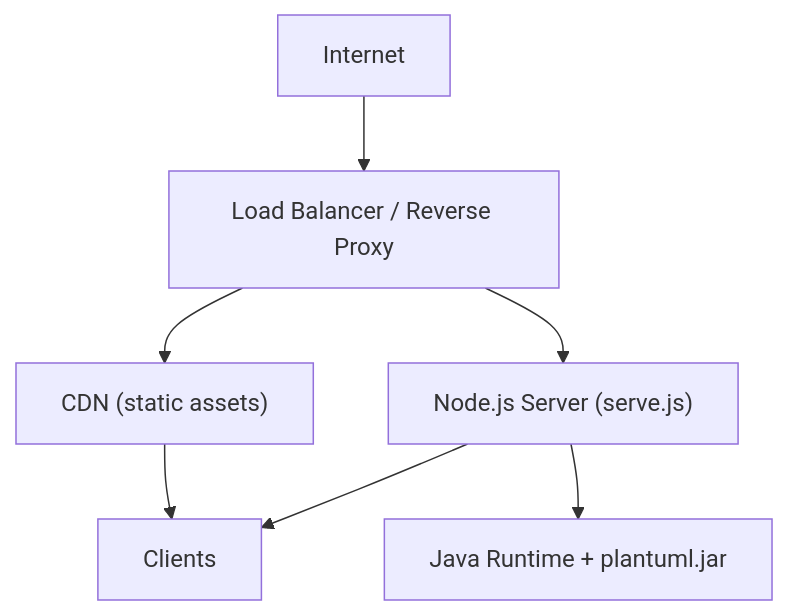
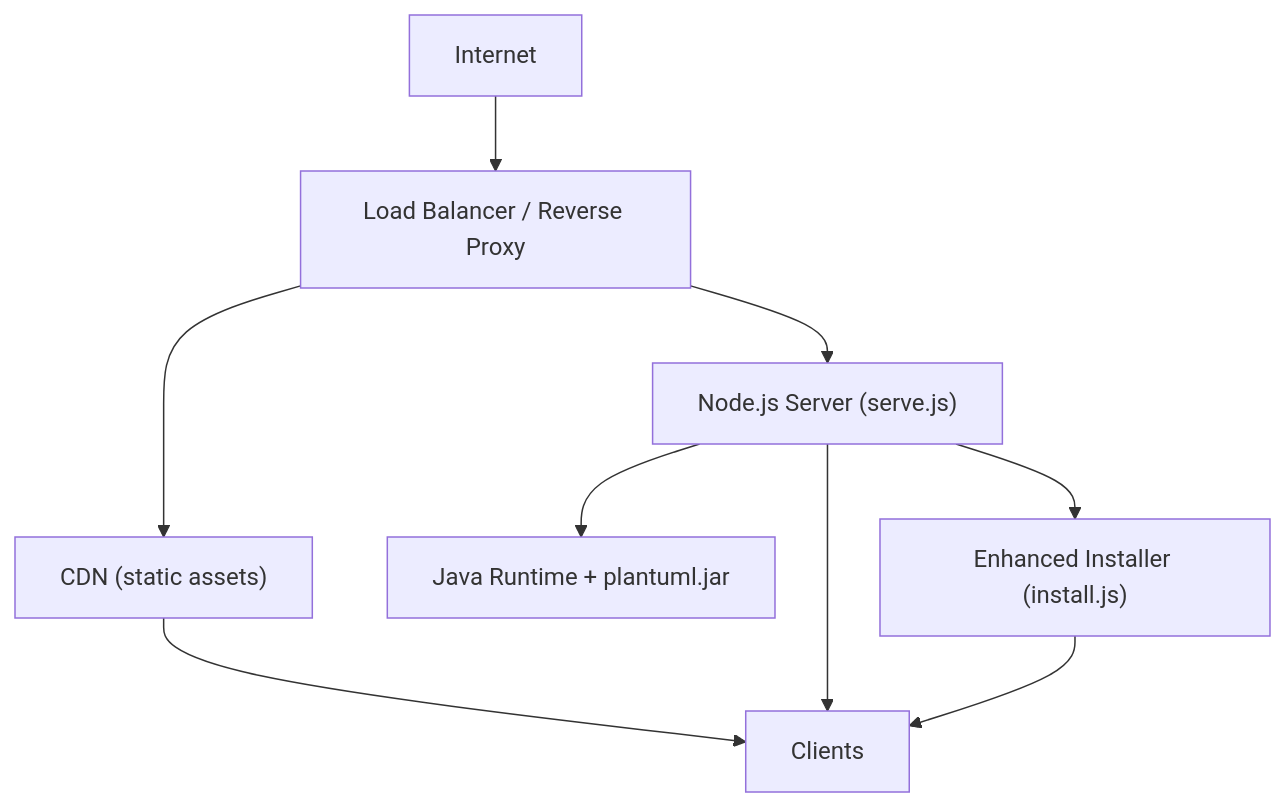
Before and after one commit to pingwurth/code-to-uml: the eighth of 8 diagrams in .qoder/repowiki/en/content/Deployment and Production.md, drawn with Mermaid. The commit also changed other lines of this file and 21 other files, not shown here.

Commit message:
chore(docs): 删除 Code-To-UML 介绍文档

````diff
--- a/.qoder/repowiki/en/content/Deployment and Production.md
+++ b/.qoder/repowiki/en/content/Deployment and Production.md
@@ -265,9 +314,11 @@
 ```mermaid
 graph TB
 Internet["Internet"] --> LB["Load Balancer / Reverse Proxy"]
 LB --> CDN["CDN (static assets)"]
 LB --> API["Node.js Server (serve.js)"]
 API --> PU["Java Runtime + plantuml.jar"]
+API --> Install["Enhanced Installer (install.js)"]
 CDN --> Users["Clients"]
 API --> Users
+Install --> Users
 ```
````
